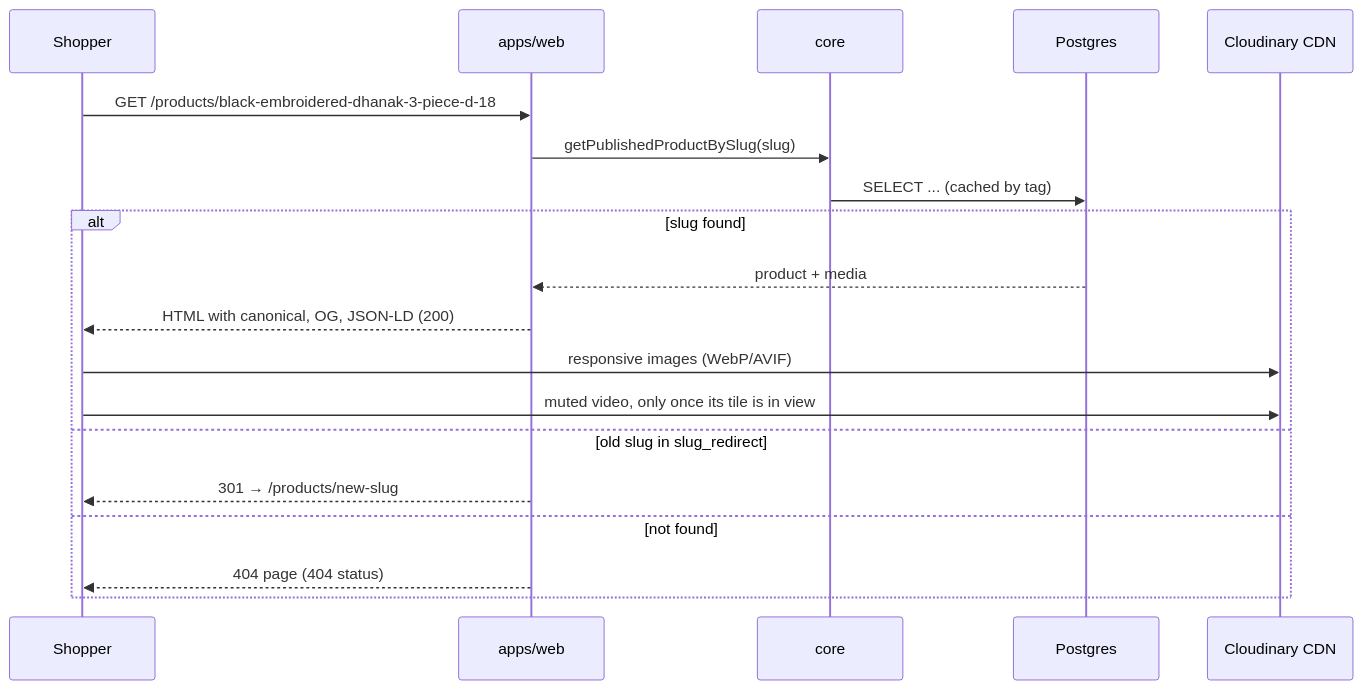
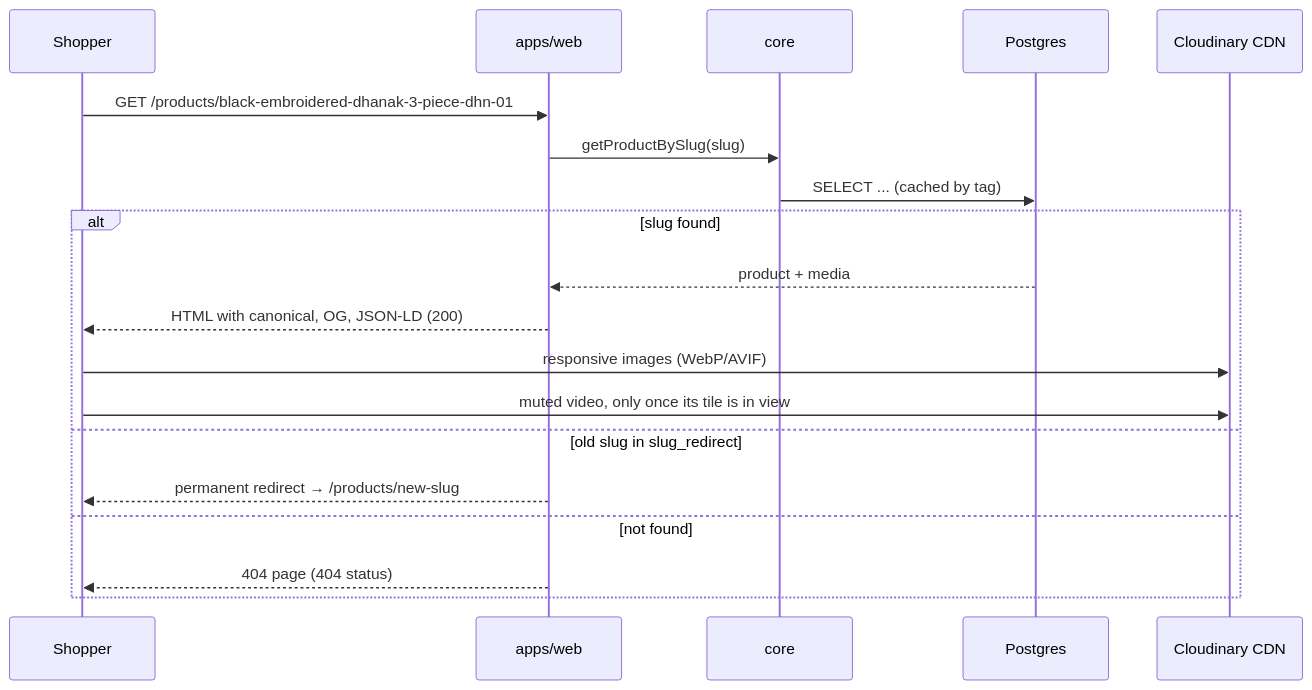
One commit to ammar-2408/mustafa-apparels changed the second of 2 diagrams in docs/architecture.md. Above: the diagram before and after it, drawn with Mermaid. The commit also changed other lines of this file, not shown here.

````diff
--- a/docs/architecture.md
+++ b/docs/architecture.md
@@ -155,21 +164,21 @@
 ```mermaid
 sequenceDiagram
   participant U as Shopper
   participant W as apps/web
   participant C as core
   participant P as Postgres
   participant CL as Cloudinary CDN
-  U->>W: GET /products/black-embroidered-dhanak-3-piece-d-18
-  W->>C: getPublishedProductBySlug(slug)
+  U->>W: GET /products/black-embroidered-dhanak-3-piece-dhn-01
+  W->>C: getProductBySlug(slug)
   C->>P: SELECT ... (cached by tag)
   alt slug found
     P-->>W: product + media
     W-->>U: HTML with canonical, OG, JSON-LD (200)
     U->>CL: responsive images (WebP/AVIF)
     U->>CL: muted video, only once its tile is in view
   else old slug in slug_redirect
-    W-->>U: 301 → /products/new-slug
+    W-->>U: permanent redirect → /products/new-slug
   else not found
     W-->>U: 404 page (404 status)
   end
 ```
````
